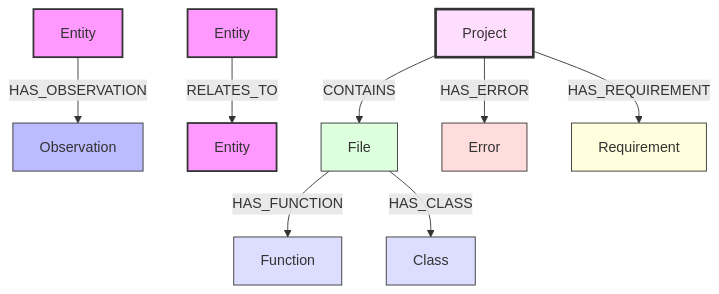
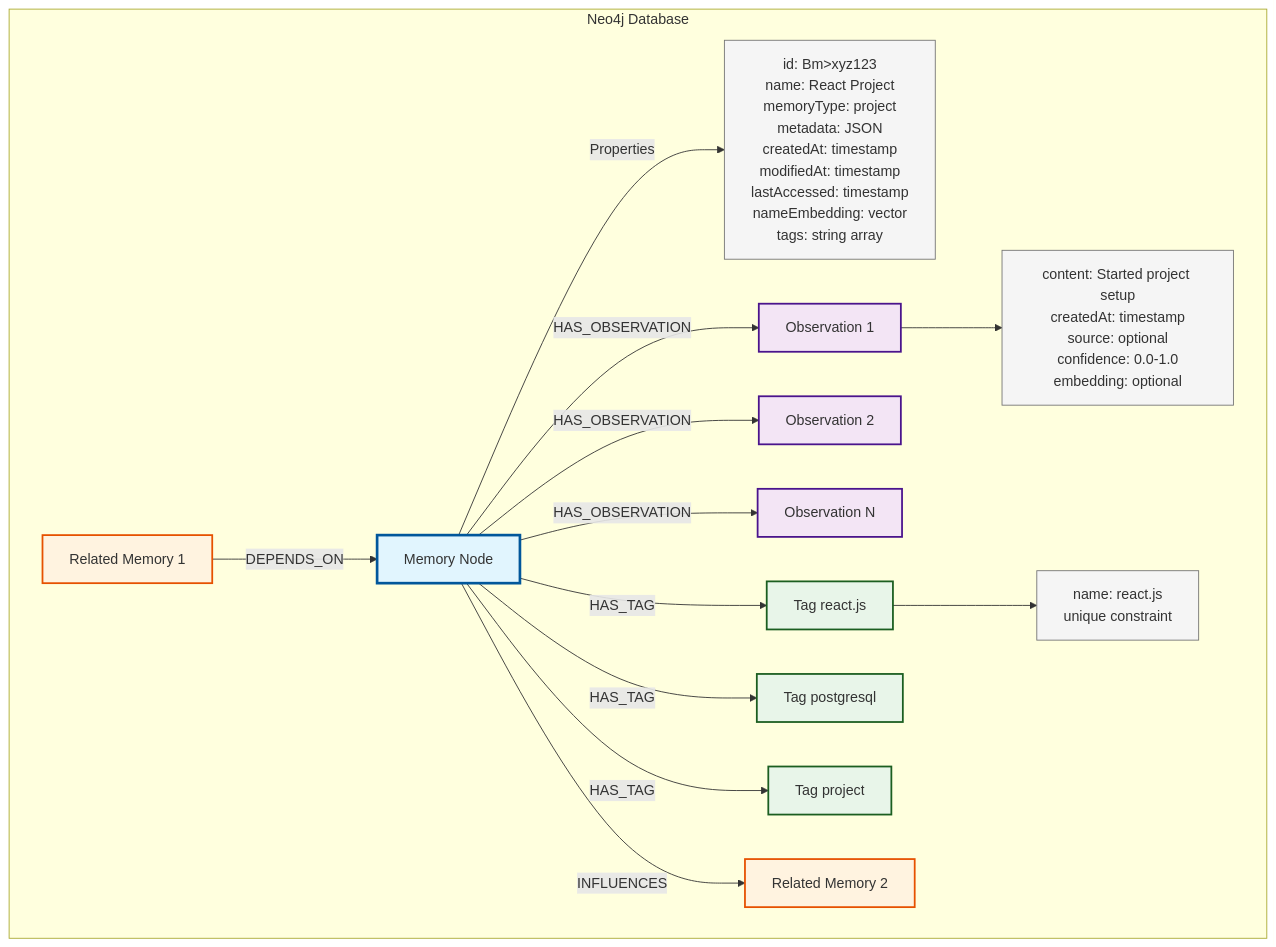
Before and after one commit to sylweriusz/mcp-neo4j-memory-server: the second of 2 diagrams in README.md, drawn with Mermaid. The commit also changed other lines of this file and 50 other files, not shown here.

````diff
--- a/README.md
+++ b/README.md
@@ -147,26 +299,48 @@
 ```mermaid
 graph TD
-    E[Entity] -->|HAS_OBSERVATION| O[Observation]
-    E1[Entity] -->|RELATES_TO| E2[Entity]
-    P[Project] -->|CONTAINS| F[File]
-    F -->|HAS_FUNCTION| Fn[Function]
-    F -->|HAS_CLASS| C[Class]
-    P -->|HAS_ERROR| Er[Error]
-    P -->|HAS_REQUIREMENT| R[Requirement]
-
-    classDef entity fill:#f9f,stroke:#333,stroke-width:2px;
-    classDef observation fill:#bbf,stroke:#333,stroke-width:1px;
-    classDef project fill:#fdf,stroke:#333,stroke-width:3px;
-    classDef file fill:#dfd,stroke:#333,stroke-width:1px;
-    classDef code fill:#ddf,stroke:#333,stroke-width:1px;
-    classDef error fill:#fdd,stroke:#333,stroke-width:1px;
-    classDef requirement fill:#ffd,stroke:#333,stroke-width:1px;
-
-    class E,E1,E2 entity;
-    class O observation;
-    class P project;
-    class F file;
-    class Fn,C code;
-    class Er error;
-    class R requirement;
-```
+    subgraph "Neo4j Database"
+        M[Memory Node]
+        O1[Observation 1]
+        O2[Observation 2]
+        O3[Observation N]
+        T1[Tag react.js]
+        T2[Tag postgresql]
+        T3[Tag project]
+        RM1[Related Memory 1]
+        RM2[Related Memory 2]
+        
+        %% Memory Properties
+        M --> |Properties| MP[id: Bm>xyz123<br/>name: React Project<br/>memoryType: project<br/>metadata: JSON<br/>createdAt: timestamp<br/>modifiedAt: timestamp<br/>lastAccessed: timestamp<br/>nameEmbedding: vector<br/>tags: string array]
+        
+        %% Relationships
+        M -->|HAS_OBSERVATION| O1
+        M -->|HAS_OBSERVATION| O2
+        M -->|HAS_OBSERVATION| O3
+        M -->|HAS_TAG| T1
+        M -->|HAS_TAG| T2
+        M -->|HAS_TAG| T3
+        
+        %% Inter-memory relationships
+        RM1 -->|DEPENDS_ON| M
+        M -->|INFLUENCES| RM2
+        
+        %% Observation Properties
+        O1 --> OP1[content: Started project setup<br/>createdAt: timestamp<br/>source: optional<br/>confidence: 0.0-1.0<br/>embedding: optional]
+        
+        %% Tag Properties
+        T1 --> TP1[name: react.js<br/>unique constraint]
+    end
+    
+    %% Styling
+    classDef memoryNode fill:#e1f5fe,stroke:#01579b,stroke-width:3px
+    classDef observationNode fill:#f3e5f5,stroke:#4a148c,stroke-width:2px
+    classDef tagNode fill:#e8f5e9,stroke:#1b5e20,stroke-width:2px
+    classDef relatedNode fill:#fff3e0,stroke:#e65100,stroke-width:2px
+    classDef propertyBox fill:#f5f5f5,stroke:#757575,stroke-width:1px
+    
+    class M memoryNode
+    class O1,O2,O3 observationNode
+    class T1,T2,T3 tagNode
+    class RM1,RM2 relatedNode
+    class MP,OP1,TP1 propertyBox
+```    
````
